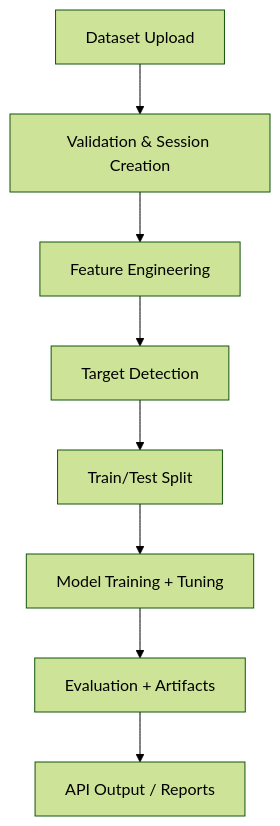
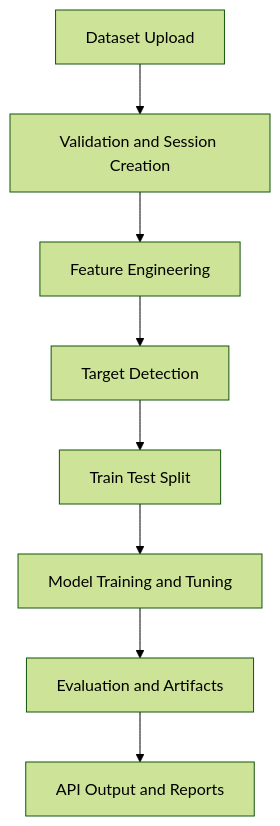
The first of 2 diagrams in README.md (Mayuresh-Bairagi/automl_Agnetic_AI), drawn with Mermaid (forest theme) before and after one commit. The commit also changed other lines of this file, not shown here.

Commit message:
feat: Enhance README.md with detailed API endpoints, workflow diagrams, and project highlights

````diff
--- a/README.md
+++ b/README.md
@@ -14,10 +38,10 @@
 ```mermaid
 graph TD
-        A[Dataset Upload] --> B[Validation & Session Creation]
-        B --> C[Feature Engineering]
-        C --> D[Target Detection]
-        D --> E[Train/Test Split]
-        E --> F[Model Training + Tuning]
-        F --> G[Evaluation + Artifacts]
-        G --> H[API Output / Reports]
+    A["Dataset Upload"] --> B["Validation and Session Creation"]
+    B --> C["Feature Engineering"]
+    C --> D["Target Detection"]
+    D --> E["Train Test Split"]
+    E --> F["Model Training and Tuning"]
+    F --> G["Evaluation and Artifacts"]
+    G --> H["API Output and Reports"]
 ```
````
